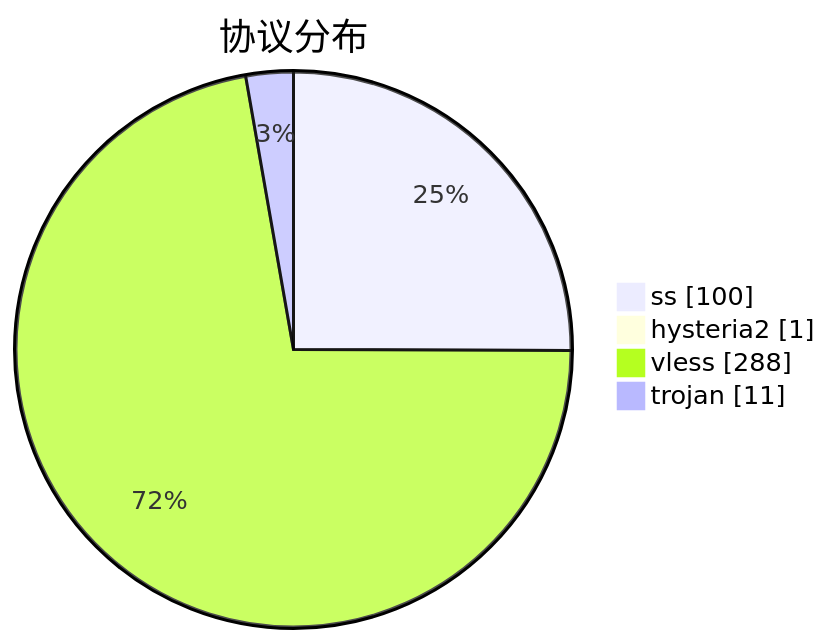
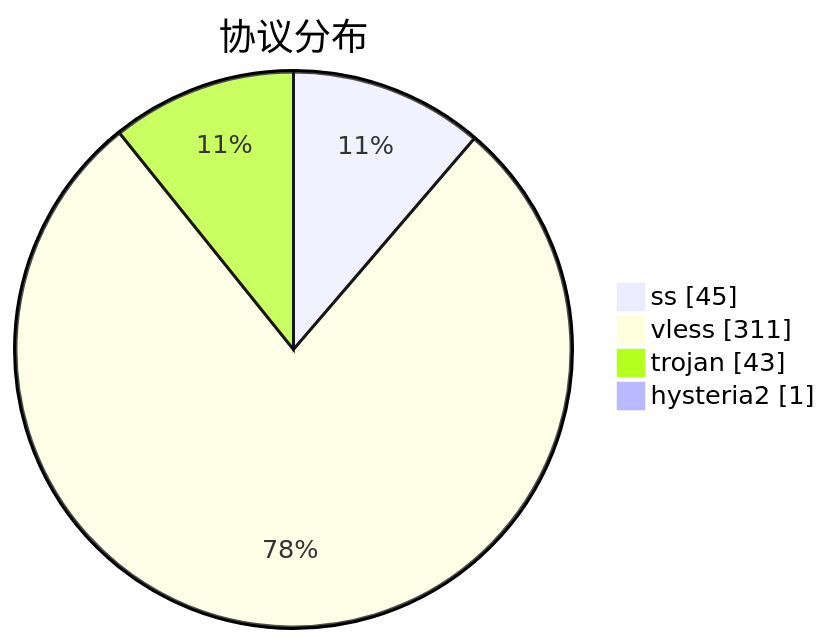
Before and after one commit to qjlxg/airport: the third of 3 diagrams in subs/statistics/tested_within.md, drawn with Mermaid. The commit also changed other lines of this file and 2 other files, not shown here.

````diff
--- a/subs/statistics/tested_within.md
+++ b/subs/statistics/tested_within.md
@@ -18,8 +19,8 @@
 ```mermaid
 pie showData
 title 协议分布
-"ss" : 100
+"ss" : 45
+"vless" : 311
+"trojan" : 43
 "hysteria2" : 1
-"vless" : 288
-"trojan" : 11
 ```
````
